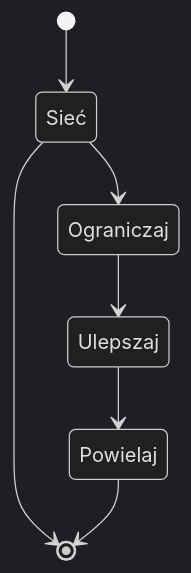
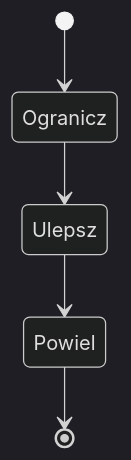
Before and after one commit to hipermodularyzacja/prezentacja: the tenth of 12 diagrams in README.md, drawn with Mermaid (dark theme). The commit also changed other lines of this file, not shown here.

````diff
--- a/README.md
+++ b/README.md
@@ -881,10 +922,7 @@
 ```mermaid
 stateDiagram
-    [*] --> Sieć
-    Sieć --> [*]
-
-    Sieć --> Ograniczaj
-    Ograniczaj --> Ulepszaj
-    Ulepszaj --> Powielaj    
-    Powielaj --> [*]
+    [*] --> Ogranicz
+    Ogranicz --> Ulepsz
+    Ulepsz --> Powiel    
+    Powiel --> [*]
 ```
````
